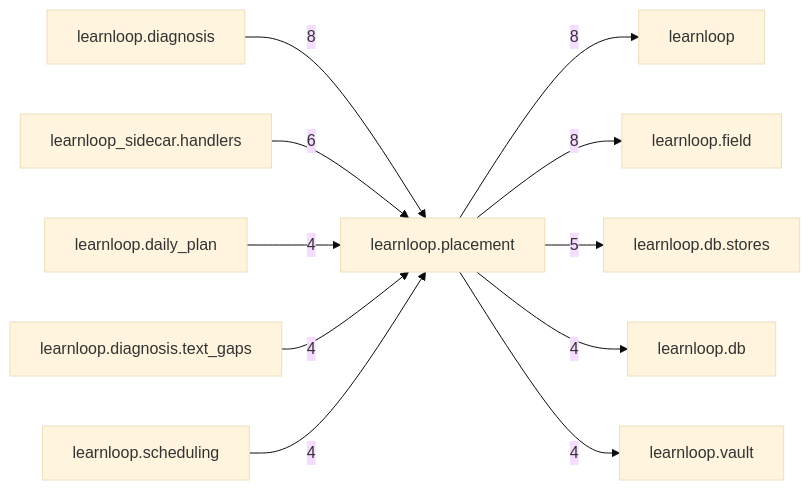
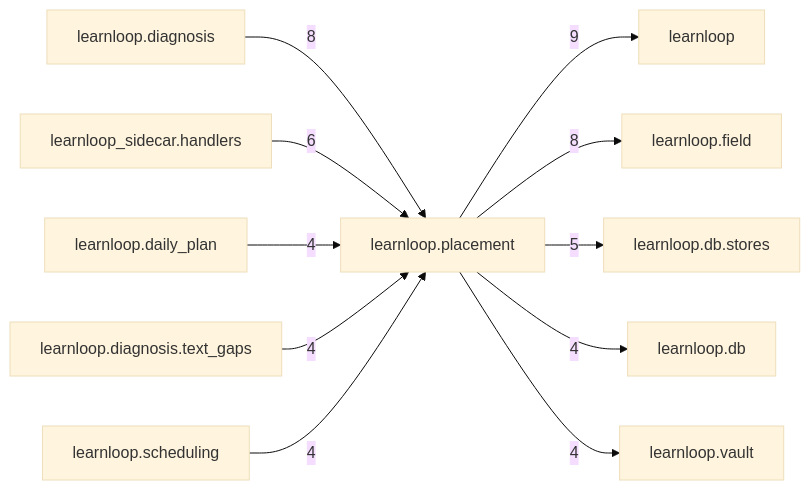
One commit to 6up-b/learnanything changed the diagram in docs/learnloop-architecture-vault/Reference/Modules/learnloop/placement/_package.md. Above: the diagram before and after it, drawn with Mermaid (base theme). The commit also changed other lines of this file and 81 other files, not shown here.

````diff
--- a/docs/learnloop-architecture-vault/Reference/Modules/learnloop/placement/_package.md
+++ b/docs/learnloop-architecture-vault/Reference/Modules/learnloop/placement/_package.md
@@ -99,24 +99,24 @@
 ```mermaid
 flowchart LR
     center["learnloop.placement"]
     n_learnloop["learnloop"]
     n_learnloop_diagnosis["learnloop.diagnosis"]
     n_learnloop_field["learnloop.field"]
     n_learnloop_sidecar_handlers["learnloop_sidecar.handlers"]
     n_learnloop_db_stores["learnloop.db.stores"]
     n_learnloop_daily_plan["learnloop.daily_plan"]
     n_learnloop_db["learnloop.db"]
     n_learnloop_diagnosis_text_gaps["learnloop.diagnosis.text_gaps"]
     n_learnloop_scheduling["learnloop.scheduling"]
     n_learnloop_vault["learnloop.vault"]
-    center -->|8| n_learnloop
+    center -->|9| n_learnloop
     n_learnloop_diagnosis -->|8| center
     center -->|8| n_learnloop_field
     n_learnloop_sidecar_handlers -->|6| center
     center -->|5| n_learnloop_db_stores
     n_learnloop_daily_plan -->|4| center
     center -->|4| n_learnloop_db
     n_learnloop_diagnosis_text_gaps -->|4| center
     n_learnloop_scheduling -->|4| center
     center -->|4| n_learnloop_vault
 ```
````
